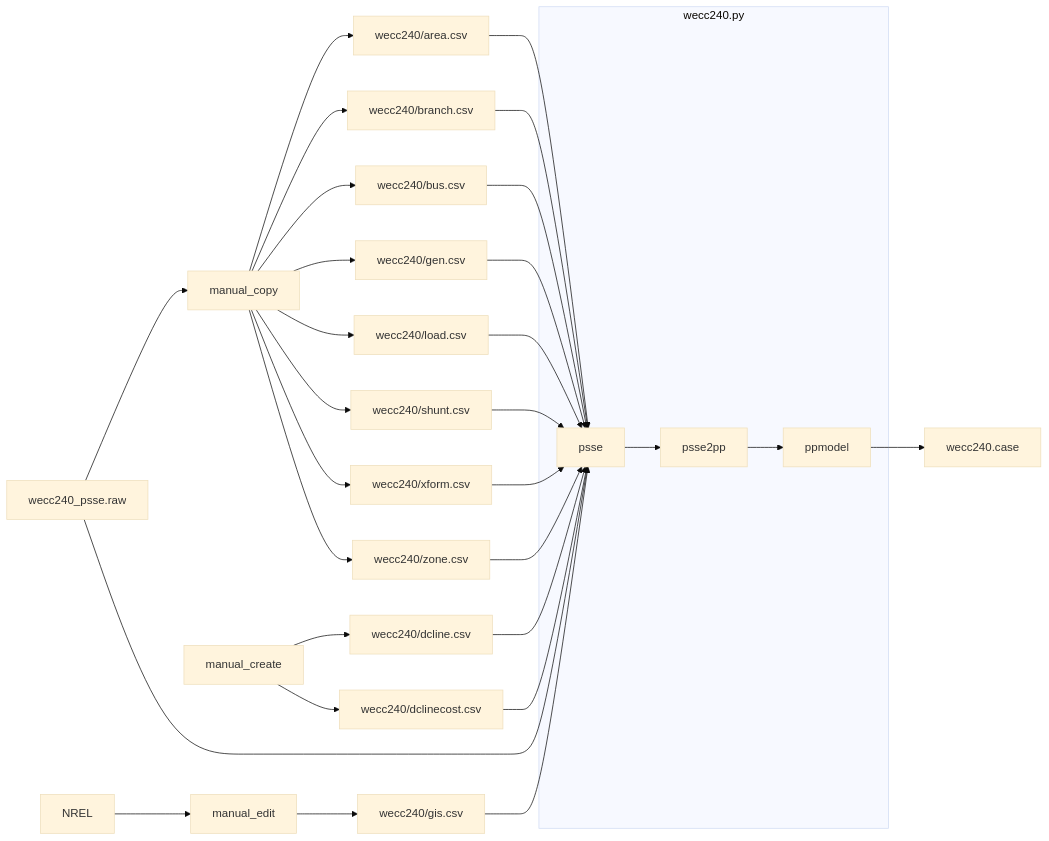
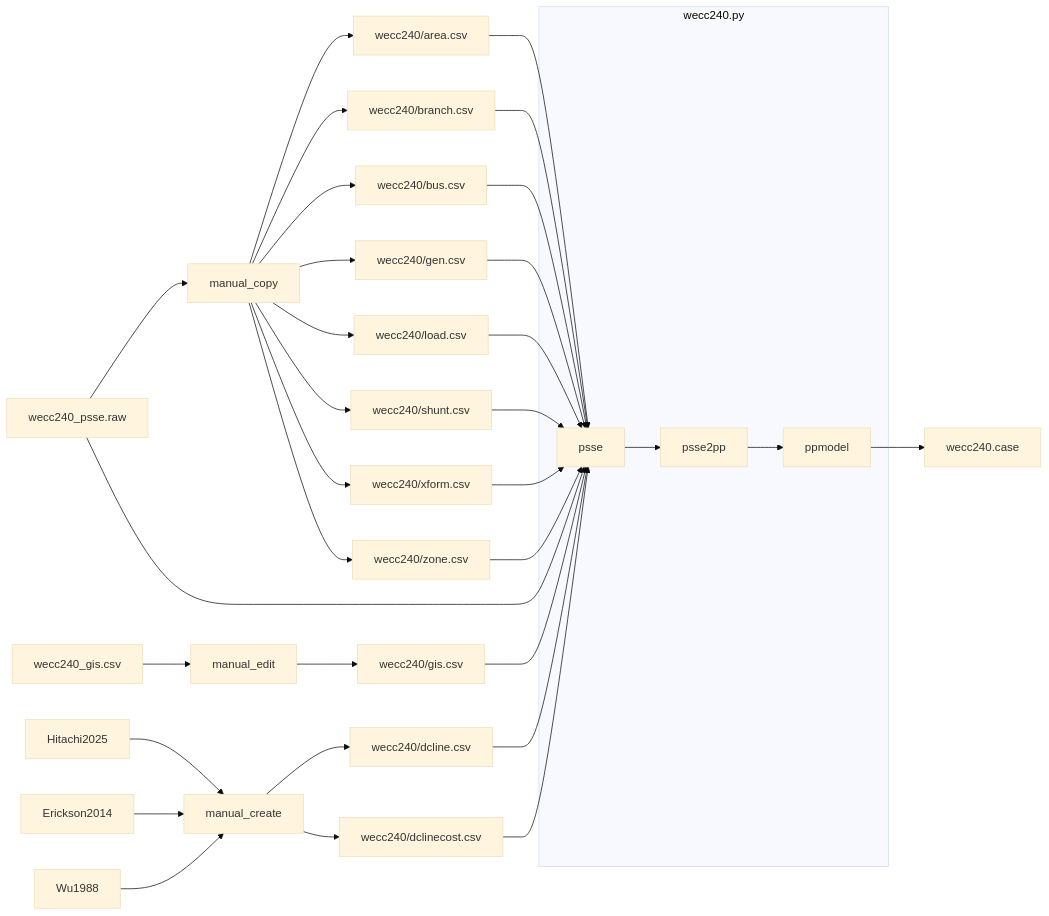
Before and after one commit to slacgismo/regrow: the second of 5 diagrams in pypower/README.md, drawn with Mermaid (base theme). The commit also changed other lines of this file, not shown here.

````diff
--- a/pypower/README.md
+++ b/pypower/README.md
@@ -75,39 +87,43 @@
 ```mermaid
 flowchart LR
     wecc240_psse.raw --> manual_copy
     wecc240_psse.raw --> psse
-    
+
+    manual_create --> wecc240/dcline.csv
+    manual_create --> wecc240/dclinecost.csv
+
     manual_copy --> wecc240/area.csv
     manual_copy --> wecc240/branch.csv
     manual_copy --> wecc240/bus.csv
     manual_copy --> wecc240/gen.csv
     manual_copy --> wecc240/load.csv
     manual_copy --> wecc240/shunt.csv
     manual_copy --> wecc240/xform.csv
     manual_copy --> wecc240/zone.csv
 
-    manual_create --> wecc240/dcline.csv
-    manual_create --> wecc240/dclinecost.csv
-
-    NREL --> manual_edit
+    Hitachi2025 --> manual_create
+    Erickson2014 --> manual_create
+    Wu1988 --> manual_create
+    
+    wecc240_gis.csv --> manual_edit
     manual_edit --> wecc240/gis.csv
     
     wecc240/area.csv --> psse
     wecc240/branch.csv --> psse
     wecc240/bus.csv --> psse
-    wecc240/dcline.csv --> psse
-    wecc240/dclinecost.csv --> psse
     wecc240/gen.csv --> psse
     wecc240/gis.csv --> psse
     wecc240/load.csv --> psse
     wecc240/shunt.csv --> psse
     wecc240/xform.csv --> psse
     wecc240/zone.csv --> psse
     
+    wecc240/dcline.csv --> psse
+    wecc240/dclinecost.csv --> psse
     subgraph wecc240.py
         psse --> psse2pp
         psse2pp --> ppmodel
     end
 
     ppmodel --> wecc240.case
 ```
````
